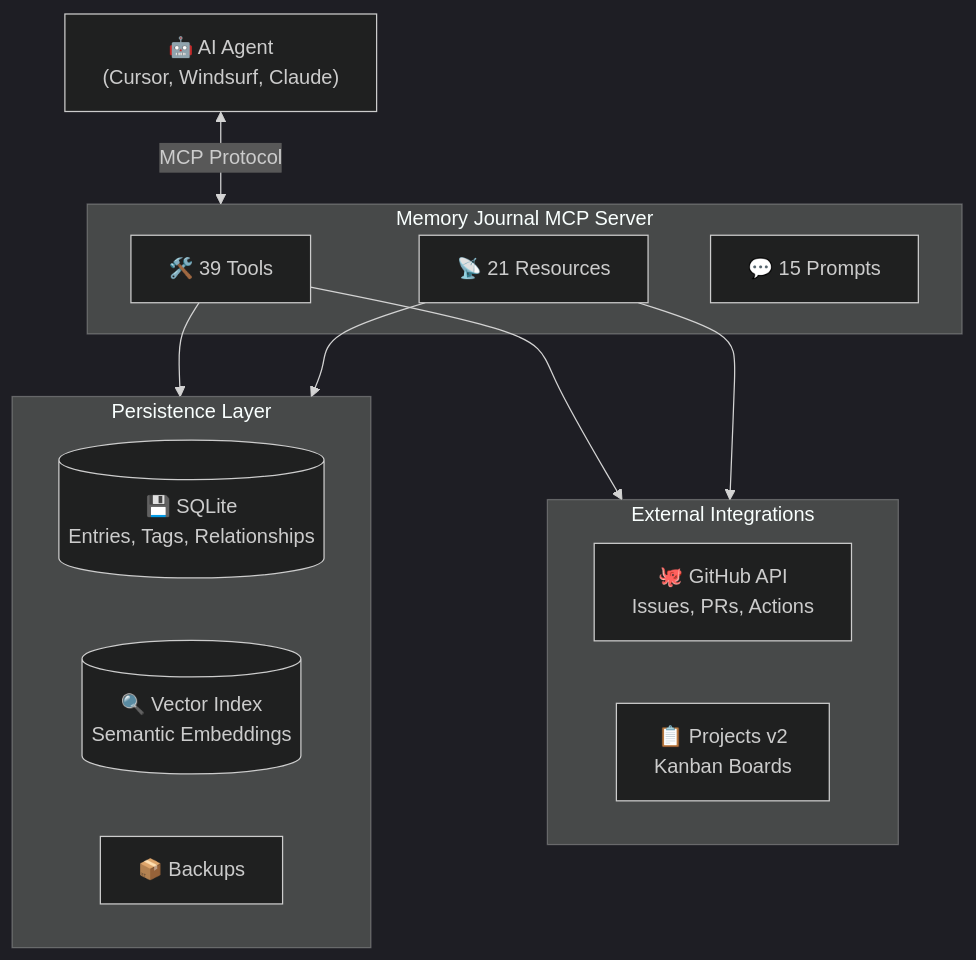
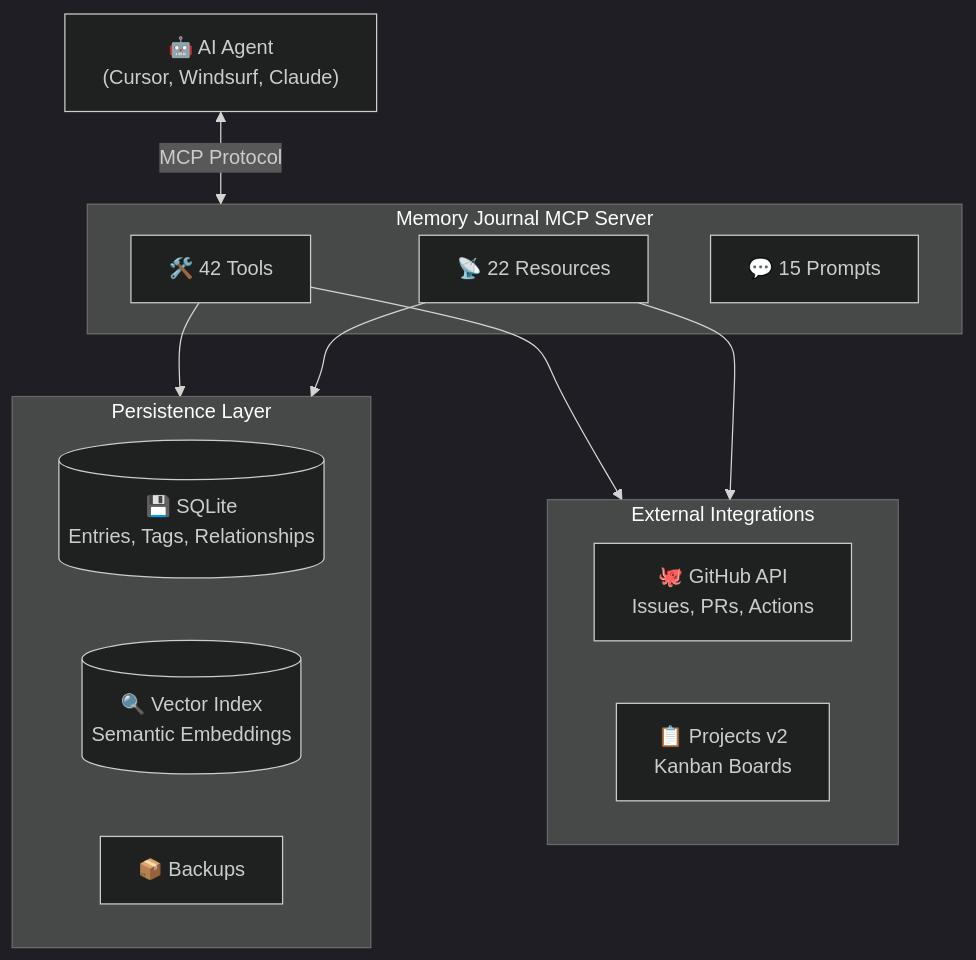
Before and after one commit to neverinfamous/memory-journal-mcp: the second of 2 diagrams in README.md, drawn with Mermaid (dark theme). The commit also changed other lines of this file and 86 other files, not shown here.

First line of the commit message:
v5.0.0 - Major Architecture & Security Release (#206)

````diff
--- a/README.md
+++ b/README.md
@@ -524,27 +478,27 @@
 ```mermaid
 flowchart TB
     AI["🤖 AI Agent<br/>(Cursor, Windsurf, Claude)"]
 
     subgraph MCP["Memory Journal MCP Server"]
-        Tools["🛠️ 39 Tools"]
-        Resources["📡 21 Resources"]
+        Tools["🛠️ 42 Tools"]
+        Resources["📡 22 Resources"]
         Prompts["💬 15 Prompts"]
     end
 
     subgraph Storage["Persistence Layer"]
         SQLite[("💾 SQLite<br/>Entries, Tags, Relationships")]
         Vector[("🔍 Vector Index<br/>Semantic Embeddings")]
         Backups["📦 Backups"]
     end
 
     subgraph External["External Integrations"]
         GitHub["🐙 GitHub API<br/>Issues, PRs, Actions"]
         Kanban["📋 Projects v2<br/>Kanban Boards"]
     end
 
     AI <-->|"MCP Protocol"| MCP
     Tools --> Storage
     Tools --> External
     Resources --> Storage
     Resources --> External
 ```
````
